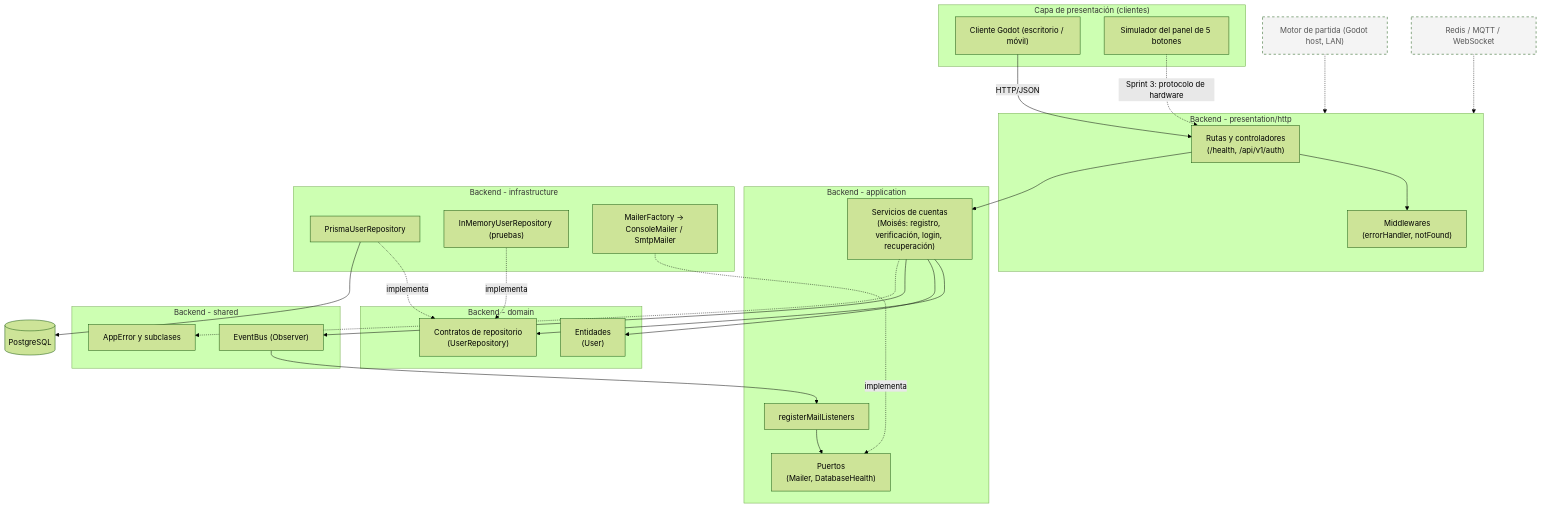
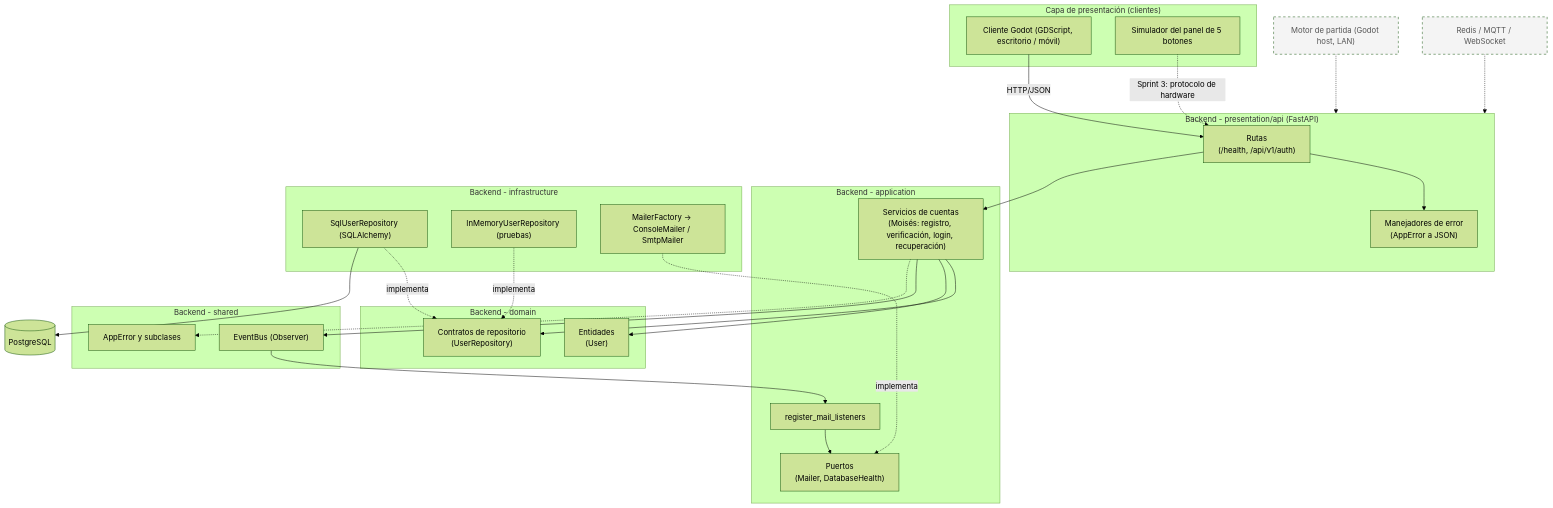
The diagram in docs/arquitectura/01-vista-logica.md (Jbarraza5010/control-del-reactor), drawn with Mermaid (forest theme) before and after one commit. The commit also changed other lines of this file and 2 other files, not shown here.

Commit message:
Tres diagramas en Mermaid actualizados
docs(arquitectura): actualizar diagramas del Sprint 2 para el backend en Python

````diff
--- a/docs/arquitectura/01-vista-logica.md
+++ b/docs/arquitectura/01-vista-logica.md
@@ -6,58 +6,58 @@
 ```mermaid
 flowchart TB
   subgraph CLI["Capa de presentación (clientes)"]
-    GODOT["Cliente Godot (escritorio / móvil)"]
+    GODOT["Cliente Godot (GDScript, escritorio / móvil)"]
     SIM["Simulador del panel de 5 botones"]
   end
 
-  subgraph API["Backend - presentation/http"]
-    ROUTES["Rutas y controladores<br/>(/health, /api/v1/auth)"]
-    MW["Middlewares<br/>(errorHandler, notFound)"]
+  subgraph API["Backend - presentation/api (FastAPI)"]
+    ROUTES["Rutas<br/>(/health, /api/v1/auth)"]
+    ERRH["Manejadores de error<br/>(AppError a JSON)"]
   end
 
   subgraph APP["Backend - application"]
     SVC["Servicios de cuentas<br/>(Moisés: registro, verificación, login, recuperación)"]
     PORTS["Puertos<br/>(Mailer, DatabaseHealth)"]
-    LISTEN["registerMailListeners"]
+    LISTEN["register_mail_listeners"]
   end
 
   subgraph DOM["Backend - domain"]
     ENT["Entidades<br/>(User)"]
     REPO["Contratos de repositorio<br/>(UserRepository)"]
   end
 
   subgraph INFRA["Backend - infrastructure"]
-    PRISMA["PrismaUserRepository"]
+    SQL["SqlUserRepository (SQLAlchemy)"]
     MEM["InMemoryUserRepository (pruebas)"]
     MAIL["MailerFactory -> ConsoleMailer / SmtpMailer"]
   end
 
   subgraph SHARED["Backend - shared"]
     BUS["EventBus (Observer)"]
     ERR["AppError y subclases"]
   end
 
   DB[("PostgreSQL")]
 
   GODOT -->|"HTTP/JSON"| ROUTES
   SIM -.->|"Sprint 3: protocolo de hardware"| ROUTES
-  ROUTES --> MW
+  ROUTES --> ERRH
   ROUTES --> SVC
   SVC --> REPO
   SVC --> ENT
   SVC --> BUS
   BUS --> LISTEN
   LISTEN --> PORTS
-  PRISMA -.->|"implementa"| REPO
+  SQL -.->|"implementa"| REPO
   MEM -.->|"implementa"| REPO
   MAIL -.->|"implementa"| PORTS
-  PRISMA --> DB
+  SQL --> DB
   SVC -.-> ERR
 
   MOTOR["Motor de partida (Godot host, LAN)"]:::future
   REDIS["Redis / MQTT / WebSocket"]:::future
   MOTOR -.-> API
   REDIS -.-> API
 
   classDef future stroke-dasharray: 5 5,fill:#f4f4f4,color:#555;
 ```
````
